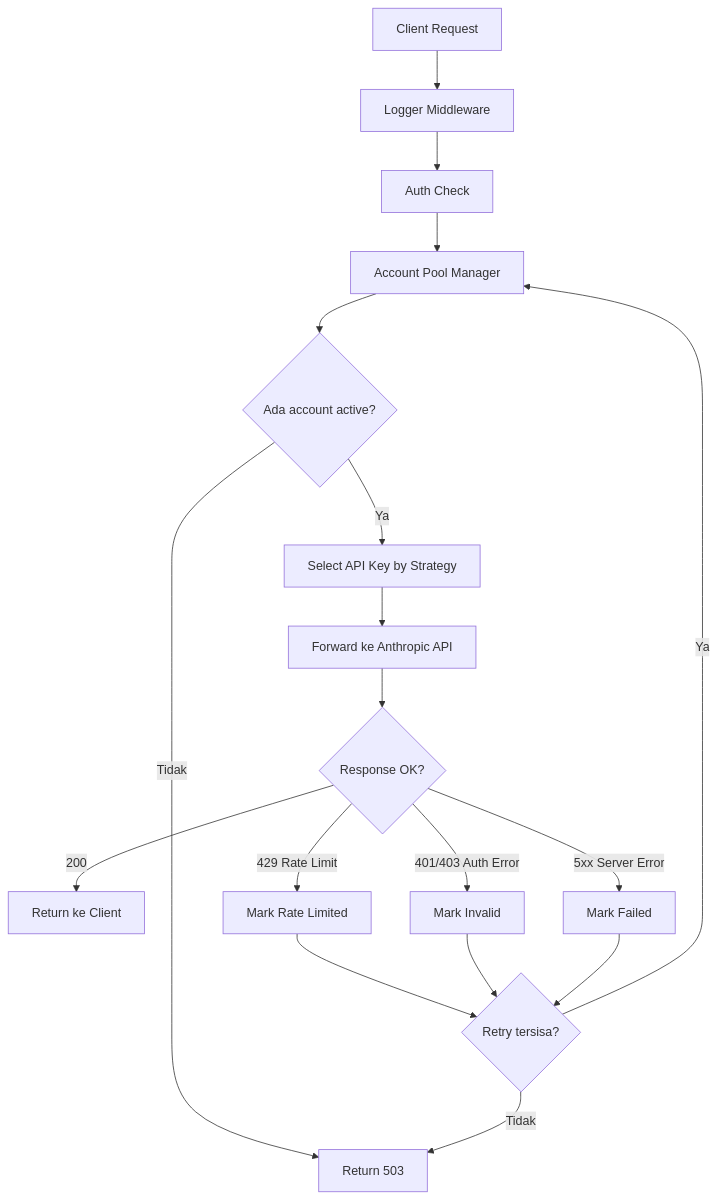
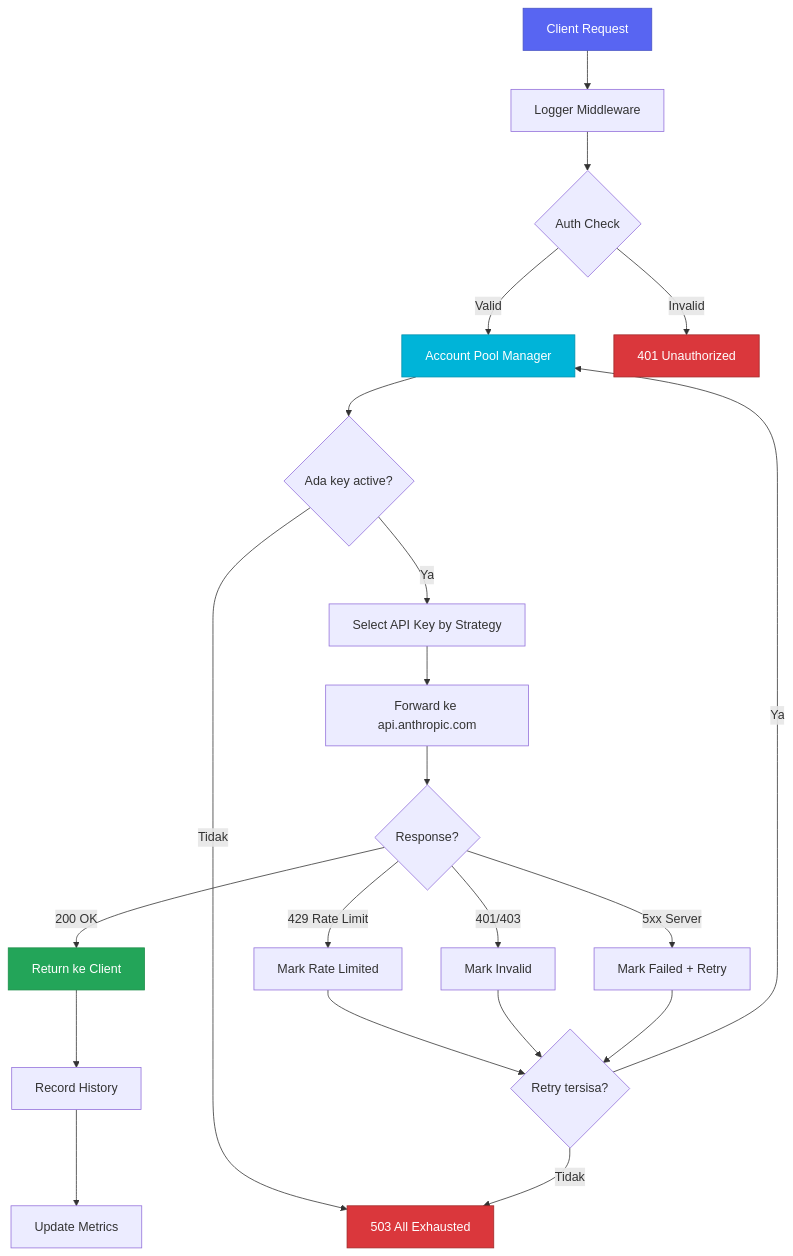
The first of 2 diagrams in README.md (el-pablos/claude-api), drawn with Mermaid before and after one commit. The commit also changed other lines of this file, not shown here.

First line of the commit message:
update: readme overhaul 2900 kata lengkap arsitektur flowchart erd docker guide dan api reference

````diff
--- a/README.md
+++ b/README.md
@@ -74,20 +176,29 @@
 ```mermaid
 flowchart TD
     A[Client Request] --> B[Logger Middleware]
-    B --> C[Auth Check]
-    C --> D[Account Pool Manager]
-    D --> E{Ada account active?}
+    B --> C{Auth Check}
+    C -->|Valid| D[Account Pool Manager]
+    C -->|Invalid| Z[401 Unauthorized]
+    D --> E{Ada key active?}
     E -->|Ya| F[Select API Key by Strategy]
-    E -->|Tidak| G[Return 503]
-    F --> H[Forward ke Anthropic API]
-    H --> I{Response OK?}
-    I -->|200| J[Return ke Client]
+    E -->|Tidak| G[503 All Exhausted]
+    F --> H[Forward ke api.anthropic.com]
+    H --> I{Response?}
+    I -->|200 OK| J[Return ke Client]
     I -->|429 Rate Limit| K[Mark Rate Limited]
     K --> L{Retry tersisa?}
     L -->|Ya| D
     L -->|Tidak| G
-    I -->|401/403 Auth Error| M[Mark Invalid]
+    I -->|401/403| M[Mark Invalid]
     M --> L
-    I -->|5xx Server Error| N[Mark Failed]
+    I -->|5xx Server| N[Mark Failed + Retry]
     N --> L
+    J --> O[Record History]
+    O --> P[Update Metrics]
+
+    style A fill:#5865f2,stroke:#4752c4,color:#fff
+    style J fill:#23a559,stroke:#1e8e4a,color:#fff
+    style G fill:#da373c,stroke:#a12828,color:#fff
+    style Z fill:#da373c,stroke:#a12828,color:#fff
+    style D fill:#00b4d8,stroke:#0090ad,color:#fff
 ```
````
